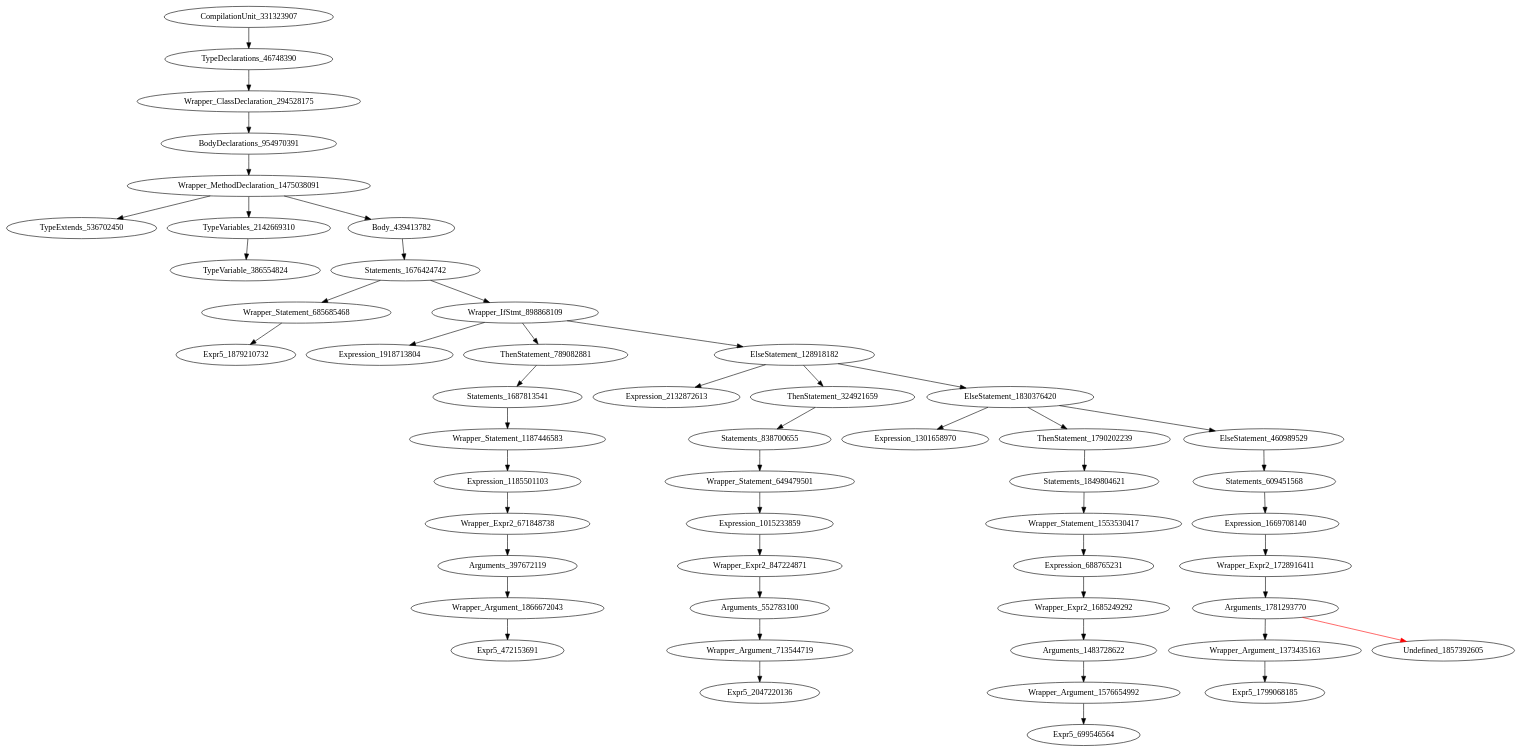
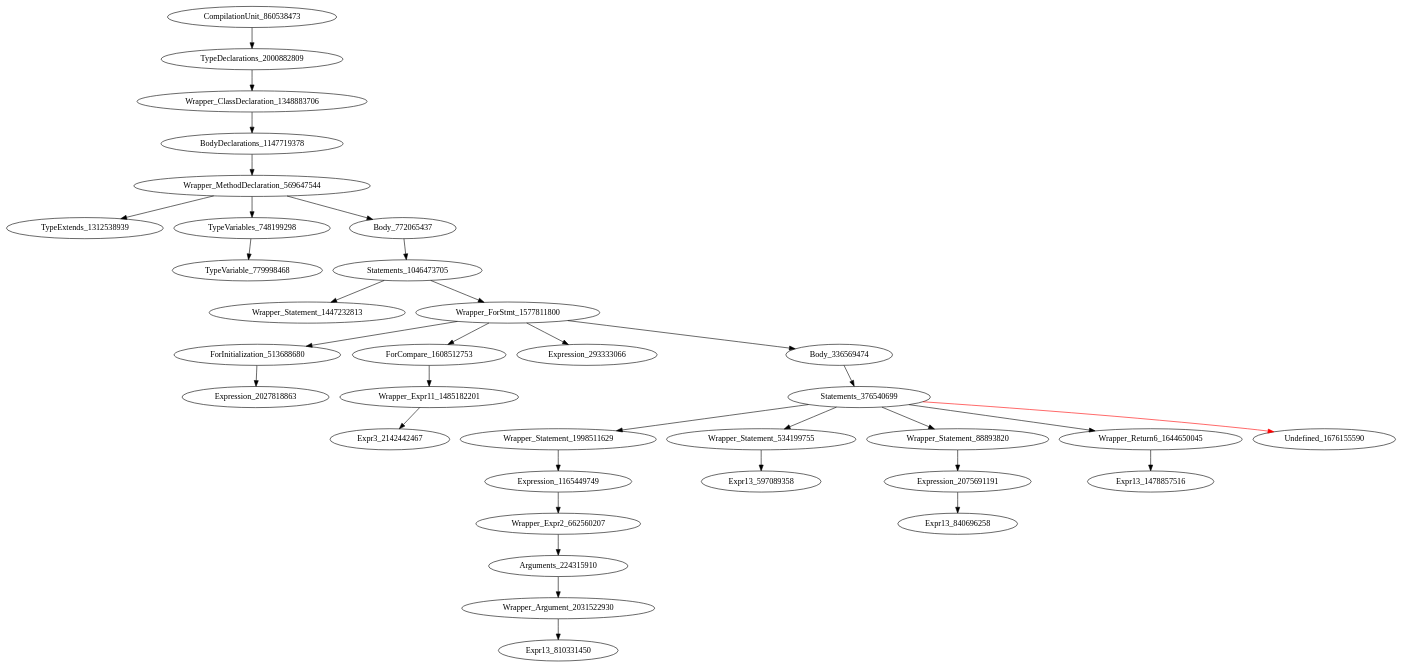
The diagram in holeAST.dot (icse2023material/VoiceJava), drawn with Graphviz before and after one commit. The commit also changed 12 other files, not shown here.

```diff
--- a/holeAST.dot
+++ b/holeAST.dot
@@ -1,51 +1,35 @@
 digraph {
-CompilationUnit_331323907 -> TypeDeclarations_46748390
-TypeDeclarations_46748390 -> Wrapper_ClassDeclaration_294528175
-Wrapper_ClassDeclaration_294528175 -> BodyDeclarations_954970391
-BodyDeclarations_954970391 -> Wrapper_MethodDeclaration_1475038091
-Wrapper_MethodDeclaration_1475038091 -> TypeExtends_536702450
-Wrapper_MethodDeclaration_1475038091 -> TypeVariables_2142669310
-Wrapper_MethodDeclaration_1475038091 -> Body_439413782
-TypeVariables_2142669310 -> TypeVariable_386554824
-Body_439413782 -> Statements_1676424742
-Statements_1676424742 -> Wrapper_Statement_685685468
-Statements_1676424742 -> Wrapper_IfStmt_898868109
-Wrapper_Statement_685685468 -> Expr5_1879210732
-Wrapper_IfStmt_898868109 -> Expression_1918713804
-Wrapper_IfStmt_898868109 -> ThenStatement_789082881
-Wrapper_IfStmt_898868109 -> ElseStatement_128918182
-ThenStatement_789082881 -> Statements_1687813541
-ElseStatement_128918182 -> Expression_2132872613
-ElseStatement_128918182 -> ThenStatement_324921659
-ElseStatement_128918182 -> ElseStatement_1830376420
-Statements_1687813541 -> Wrapper_Statement_1187446583
-ThenStatement_324921659 -> Statements_838700655
-ElseStatement_1830376420 -> Expression_1301658970
-ElseStatement_1830376420 -> ThenStatement_1790202239
-ElseStatement_1830376420 -> ElseStatement_460989529
-Wrapper_Statement_1187446583 -> Expression_1185501103
-Statements_838700655 -> Wrapper_Statement_649479501
-ThenStatement_1790202239 -> Statements_1849804621
-ElseStatement_460989529 -> Statements_609451568
-Expression_1185501103 -> Wrapper_Expr2_671848738
-Wrapper_Statement_649479501 -> Expression_1015233859
-Statements_1849804621 -> Wrapper_Statement_1553530417
-Statements_609451568 -> Expression_1669708140
-Wrapper_Expr2_671848738 -> Arguments_397672119
-Expression_1015233859 -> Wrapper_Expr2_847224871
-Wrapper_Statement_1553530417 -> Expression_688765231
-Expression_1669708140 -> Wrapper_Expr2_1728916411
-Arguments_397672119 -> Wrapper_Argument_1866672043
-Wrapper_Expr2_847224871 -> Arguments_552783100
-Expression_688765231 -> Wrapper_Expr2_1685249292
-Wrapper_Expr2_1728916411 -> Arguments_1781293770
-Wrapper_Argument_1866672043 -> Expr5_472153691
-Arguments_552783100 -> Wrapper_Argument_713544719
-Wrapper_Expr2_1685249292 -> Arguments_1483728622
-Arguments_1781293770 -> Wrapper_Argument_1373435163
-Arguments_1781293770 -> Undefined_1857392605 [color = red] 
-Wrapper_Argument_713544719 -> Expr5_2047220136
-Arguments_1483728622 -> Wrapper_Argument_1576654992
-Wrapper_Argument_1373435163 -> Expr5_1799068185
-Wrapper_Argument_1576654992 -> Expr5_699546564
+CompilationUnit_860538473 -> TypeDeclarations_2000882809
+TypeDeclarations_2000882809 -> Wrapper_ClassDeclaration_1348883706
+Wrapper_ClassDeclaration_1348883706 -> BodyDeclarations_1147719378
+BodyDeclarations_1147719378 -> Wrapper_MethodDeclaration_569647544
+Wrapper_MethodDeclaration_569647544 -> TypeExtends_1312538939
+Wrapper_MethodDeclaration_569647544 -> TypeVariables_748199298
+Wrapper_MethodDeclaration_569647544 -> Body_772065437
+TypeVariables_748199298 -> TypeVariable_779998468
+Body_772065437 -> Statements_1046473705
+Statements_1046473705 -> Wrapper_Statement_1447232813
+Statements_1046473705 -> Wrapper_ForStmt_1577811800
+Wrapper_ForStmt_1577811800 -> ForInitialization_513688680
+Wrapper_ForStmt_1577811800 -> ForCompare_1608512753
+Wrapper_ForStmt_1577811800 -> Expression_293333066
+Wrapper_ForStmt_1577811800 -> Body_336569474
+ForInitialization_513688680 -> Expression_2027818863
+ForCompare_1608512753 -> Wrapper_Expr11_1485182201
+Body_336569474 -> Statements_376540699
+Wrapper_Expr11_1485182201 -> Expr3_2142442467
+Statements_376540699 -> Wrapper_Statement_1998511629
+Statements_376540699 -> Wrapper_Statement_534199755
+Statements_376540699 -> Wrapper_Statement_88893820
+Statements_376540699 -> Wrapper_Return6_1644650045
+Statements_376540699 -> Undefined_1676155590 [color = red] 
+Wrapper_Statement_1998511629 -> Expression_1165449749
+Wrapper_Statement_534199755 -> Expr13_597089358
+Wrapper_Statement_88893820 -> Expression_2075691191
+Wrapper_Return6_1644650045 -> Expr13_1478857516
+Expression_1165449749 -> Wrapper_Expr2_662560207
+Expression_2075691191 -> Expr13_840696258
+Wrapper_Expr2_662560207 -> Arguments_224315910
+Arguments_224315910 -> Wrapper_Argument_2031522930
+Wrapper_Argument_2031522930 -> Expr13_810331450
 }
```
